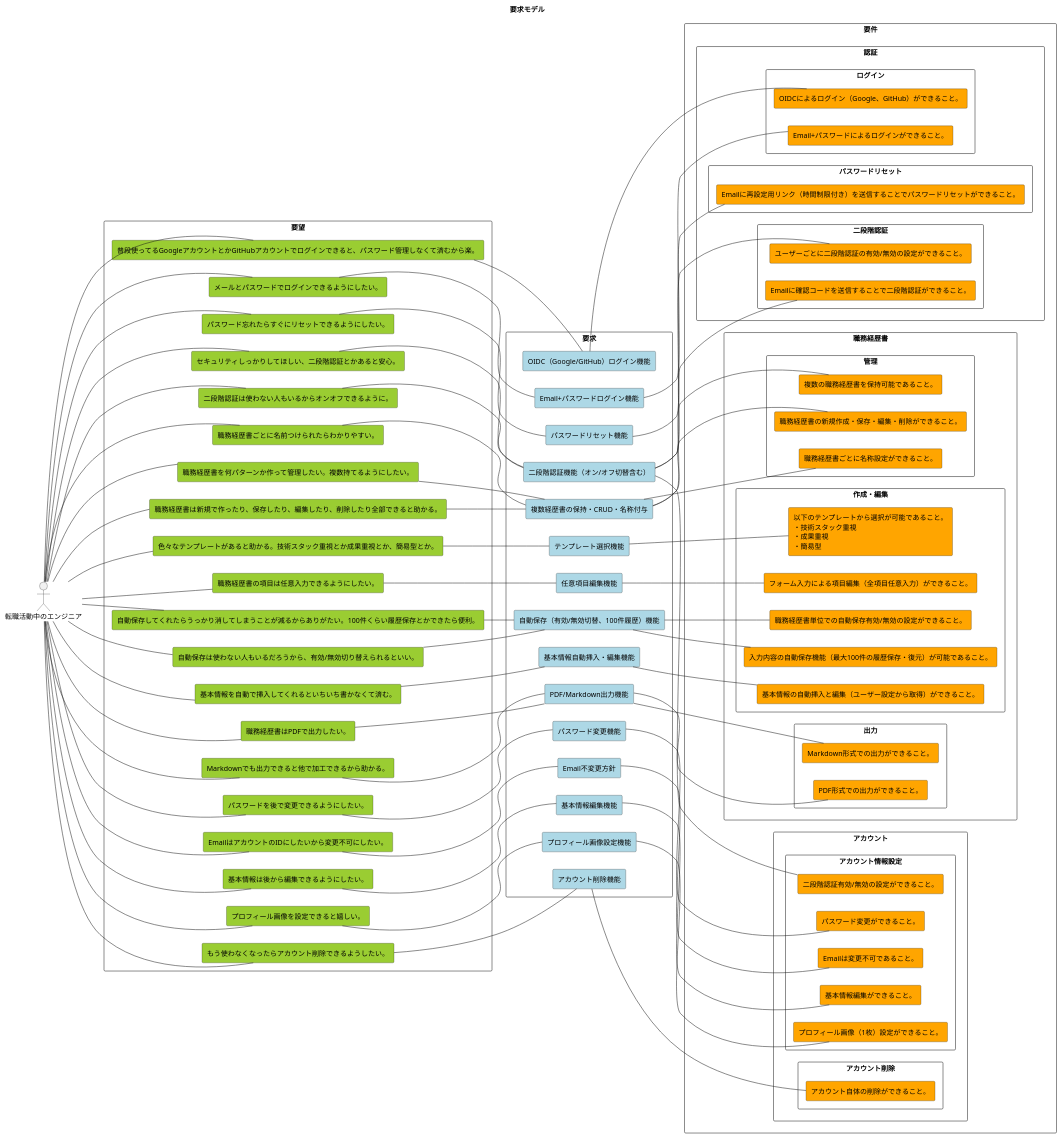
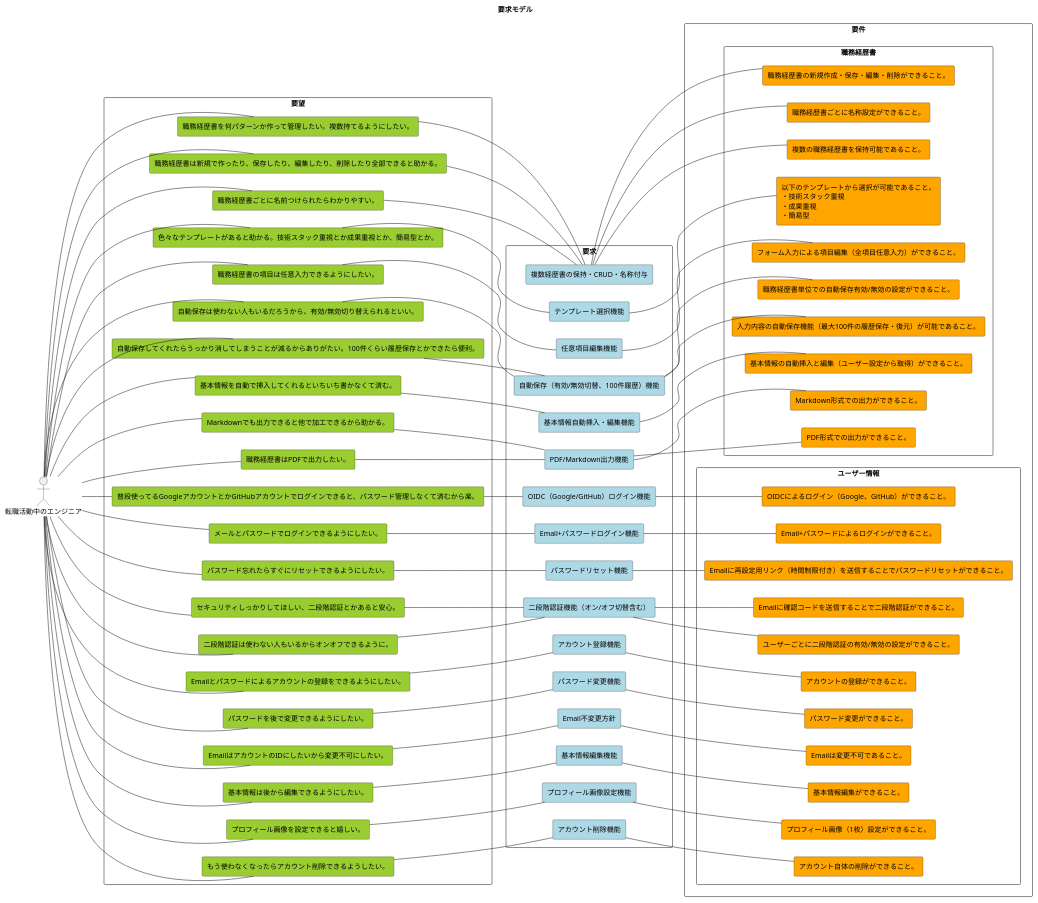
Before and after one commit to DogisRiki/KeirekiPro: the diagram in doc/要求モデル.pu, drawn with PlantUML.

Commit message:
docs: 要求モデルを修正
Changes:
アカウントと認証に分けていたものをユーザー情報として統一

Reason:
ユースケールモデル作成時に違和感を感じたため

BREAKING CHANGE: N/A
Related: N/A
Refs: #1

```diff
--- a/doc/要求モデル.pu
+++ b/doc/要求モデル.pu
@@ -5,7 +5,6 @@
 left to right direction
 hide stereotype
 
-skinparam rectangleBackgroundColor<<youbou>> YellowGreen
 skinparam rectangleBackgroundColor<<youbou>> YellowGreen
 skinparam rectangleBackgroundColor<<youkyuu>> LightBlue
 skinparam rectangleBackgroundColor<<youken>> Orange
@@ -16,7 +15,7 @@
 ' 要望
 '---------------------------------------------
 rectangle "要望" {
-    rectangle  "普段使ってるGoogleアカウントとかGitHubアカウントでログインできると、パスワード管理しなくて済むから楽。" as want_oauth <<youbou>>
+    rectangle "普段使ってるGoogleアカウントとかGitHubアカウントでログインできると、パスワード管理しなくて済むから楽。" as want_oauth <<youbou>>
     rectangle "メールとパスワードでログインできるようにしたい。" as want_emailpw <<youbou>>
     rectangle "パスワード忘れたらすぐにリセットできるようにしたい。" as want_pwreset <<youbou>>
     rectangle "セキュリティしっかりしてほしい、二段階認証とかあると安心。" as want_2fa <<youbou>>
@@ -32,6 +31,7 @@
     rectangle "職務経歴書はPDFで出力したい。" as want_pdf <<youbou>>
     rectangle "Markdownでも出力できると他で加工できるから助かる。" as want_md <<youbou>>
 
+    rectangle "Emailとパスワードによるアカウントの登録をできるようにしたい。" as want_account_create <<youbou>>
     rectangle "パスワードを後で変更できるようにしたい。" as want_pwchange <<youbou>>
     rectangle "EmailはアカウントのIDにしたいから変更不可にしたい。" as want_noemailchange <<youbou>>
     rectangle "二段階認証は使わない人もいるからオンオフできるように。" as want_2fa_toggle <<youbou>>
@@ -45,13 +45,11 @@
 '---------------------------------------------
 rectangle "要求" {
 
-    ' 認証要求
     rectangle "Email+パスワードログイン機能" as dem_emailpw <<youkyuu>>
     rectangle "OIDC（Google/GitHub）ログイン機能" as dem_oauth <<youkyuu>>
     rectangle "パスワードリセット機能" as dem_pwreset <<youkyuu>>
     rectangle "二段階認証機能（オン/オフ切替含む）" as dem_2fa <<youkyuu>>
 
-    ' 職務経歴書要求
     rectangle "複数経歴書の保持・CRUD・名称付与" as dem_cv_manage <<youkyuu>>
     rectangle "テンプレート選択機能" as dem_cv_template <<youkyuu>>
     rectangle "任意項目編集機能" as dem_cv_form <<youkyuu>>
@@ -59,7 +57,7 @@
     rectangle "基本情報自動挿入・編集機能" as dem_cv_basicinfo <<youkyuu>>
     rectangle "PDF/Markdown出力機能" as dem_cv_export <<youkyuu>>
 
-    ' アカウント要求
+    rectangle "アカウント登録機能" as dem_account_create <<youkyuu>>
     rectangle "パスワード変更機能" as dem_pwchange <<youkyuu>>
     rectangle "Email不変更方針" as dem_noemailchange <<youkyuu>>
     rectangle "基本情報編集機能" as dem_edit_basicinfo <<youkyuu>>
@@ -72,58 +70,31 @@
 '---------------------------------------------
 rectangle "要件" {
 
-    rectangle "認証" {
-
-        rectangle "ログイン" {
-            rectangle "Email+パスワードによるログインができること。" as req3 <<youken>>
-            rectangle "OIDCによるログイン（Google、GitHub）ができること。" as req4 <<youken>>
-        }
-
-        rectangle "パスワードリセット" {
-            rectangle "Emailに再設定用リンク（時間制限付き）を送信することでパスワードリセットができること。" as req6 <<youken>>
-        }
-
-        rectangle "二段階認証" {
-            rectangle "Emailに確認コードを送信することで二段階認証ができること。" as req8 <<youken>>
-            rectangle "ユーザーごとに二段階認証の有効/無効の設定ができること。" as req9 <<youken>>
-        }
+    rectangle "職務経歴書" {
+        rectangle "複数の職務経歴書を保持可能であること。" as req1 <<youken>>
+        rectangle "職務経歴書の新規作成・保存・編集・削除ができること。" as req2 <<youken>>
+        rectangle "職務経歴書ごとに名称設定ができること。" as req3 <<youken>>
+        rectangle "以下のテンプレートから選択が可能であること。\n・技術スタック重視\n・成果重視\n・簡易型" as req4 <<youken>>
+        rectangle "フォーム入力による項目編集（全項目任意入力）ができること。" as req5 <<youken>>
+        rectangle "入力内容の自動保存機能（最大100件の履歴保存・復元）が可能であること。" as req6 <<youken>>
+        rectangle "職務経歴書単位での自動保存有効/無効の設定ができること。" as req7 <<youken>>
+        rectangle "基本情報の自動挿入と編集（ユーザー設定から取得）ができること。" as req8 <<youken>>
+        rectangle "PDF形式での出力ができること。" as req9 <<youken>>
+        rectangle "Markdown形式での出力ができること。" as req10 <<youken>>
     }
 
-    rectangle "職務経歴書" {
-
-        rectangle "管理" {
-            rectangle "複数の職務経歴書を保持可能であること。" as req13 <<youken>>
-            rectangle "職務経歴書の新規作成・保存・編集・削除ができること。" as req14 <<youken>>
-            rectangle "職務経歴書ごとに名称設定ができること。" as req15 <<youken>>
-        }
-
-        rectangle "作成・編集" {
-            rectangle "以下のテンプレートから選択が可能であること。\n・技術スタック重視\n・成果重視\n・簡易型" as req17 <<youken>>
-            rectangle "フォーム入力による項目編集（全項目任意入力）ができること。" as req21 <<youken>>
-            rectangle "入力内容の自動保存機能（最大100件の履歴保存・復元）が可能であること。" as req22 <<youken>>
-            rectangle "職務経歴書単位での自動保存有効/無効の設定ができること。" as req23 <<youken>>
-            rectangle "基本情報の自動挿入と編集（ユーザー設定から取得）ができること。" as req24 <<youken>>
-        }
-
-        rectangle "出力" {
-            rectangle "PDF形式での出力ができること。" as req26 <<youken>>
-            rectangle "Markdown形式での出力ができること。" as req27 <<youken>>
-        }
-    }
-
-    rectangle "アカウント" {
-
-        rectangle "アカウント情報設定" {
-            rectangle "パスワード変更ができること。" as req31 <<youken>>
-            rectangle "Emailは変更不可であること。" as req32 <<youken>>
-            rectangle "二段階認証有効/無効の設定ができること。" as req33 <<youken>>
-            rectangle "基本情報編集ができること。" as req34 <<youken>>
-            rectangle "プロフィール画像（1枚）設定ができること。" as req35 <<youken>>
-        }
-
-        rectangle "アカウント削除" {
-            rectangle "アカウント自体の削除ができること。" as req37 <<youken>>
-        }
+    rectangle "ユーザー情報" {
+        rectangle "Email+パスワードによるログインができること。" as req11 <<youken>>
+        rectangle "OIDCによるログイン（Google、GitHub）ができること。" as req12 <<youken>>
+        rectangle "Emailに再設定用リンク（時間制限付き）を送信することでパスワードリセットができること。" as req13 <<youken>>
+        rectangle "Emailに確認コードを送信することで二段階認証ができること。" as req14 <<youken>>
+        rectangle "ユーザーごとに二段階認証の有効/無効の設定ができること。" as req15 <<youken>>
+        rectangle "アカウントの登録ができること。" as req16 <<youken>>
+        rectangle "パスワード変更ができること。" as req17 <<youken>>
+        rectangle "Emailは変更不可であること。" as req18 <<youken>>
+        rectangle "基本情報編集ができること。" as req19 <<youken>>
+        rectangle "プロフィール画像（1枚）設定ができること。" as req20 <<youken>>
+        rectangle "アカウント自体の削除ができること。" as req21 <<youken>>
     }
 }
 
@@ -144,6 +115,7 @@
 user -- want_basicinfo_cv
 user -- want_pdf
 user -- want_md
+user -- want_account_create
 user -- want_pwchange
 user -- want_noemailchange
 user -- want_2fa_toggle
@@ -169,6 +141,7 @@
 want_pdf -- dem_cv_export
 want_md -- dem_cv_export
 
+want_account_create -- dem_account_create
 want_pwchange -- dem_pwchange
 want_noemailchange -- dem_noemailchange
 want_edit_basicinfo -- dem_edit_basicinfo
@@ -176,30 +149,30 @@
 want_account_delete -- dem_account_delete
 
 ' 要求 → 要件
-dem_emailpw -- req3
-dem_oauth -- req4
-dem_pwreset -- req6
-dem_2fa -- req8
-dem_2fa -- req9
-dem_2fa -- req33
+dem_emailpw -- req11
+dem_oauth -- req12
+dem_pwreset -- req13
+dem_2fa -- req14
+dem_2fa -- req15
 
-dem_cv_manage -- req13
-dem_cv_manage -- req14
-dem_cv_manage -- req15
+dem_cv_manage -- req1
+dem_cv_manage -- req2
+dem_cv_manage -- req3
 
-dem_cv_template -- req17
+dem_cv_template -- req4
 
-dem_cv_form -- req21
-dem_cv_autosave -- req22
-dem_cv_autosave -- req23
-dem_cv_basicinfo -- req24
-dem_cv_export -- req26
-dem_cv_export -- req27
+dem_cv_form -- req5
+dem_cv_autosave -- req6
+dem_cv_autosave -- req7
+dem_cv_basicinfo -- req8
+dem_cv_export -- req9
+dem_cv_export -- req10
 
-dem_pwchange -- req31
-dem_noemailchange -- req32
-dem_edit_basicinfo -- req34
-dem_profileimg -- req35
-dem_account_delete -- req37
+dem_account_create -- req16
+dem_pwchange -- req17
+dem_noemailchange -- req18
+dem_edit_basicinfo -- req19
+dem_profileimg -- req20
+dem_account_delete -- req21
 
 @enduml
```
